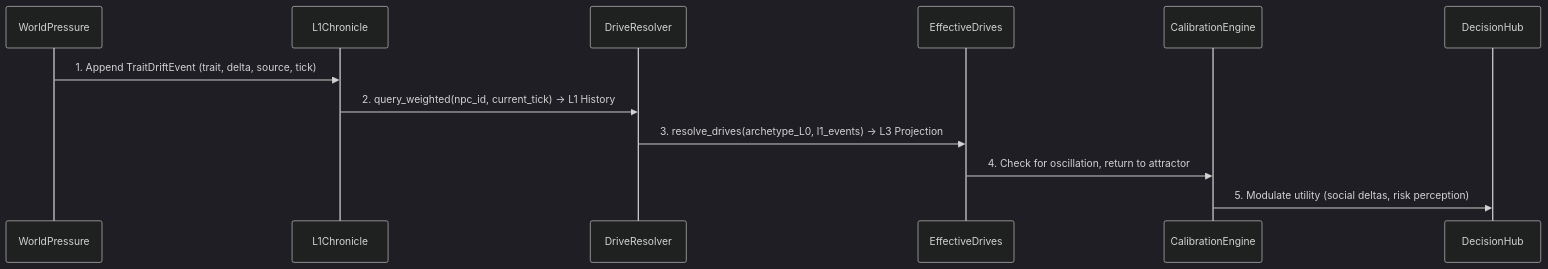
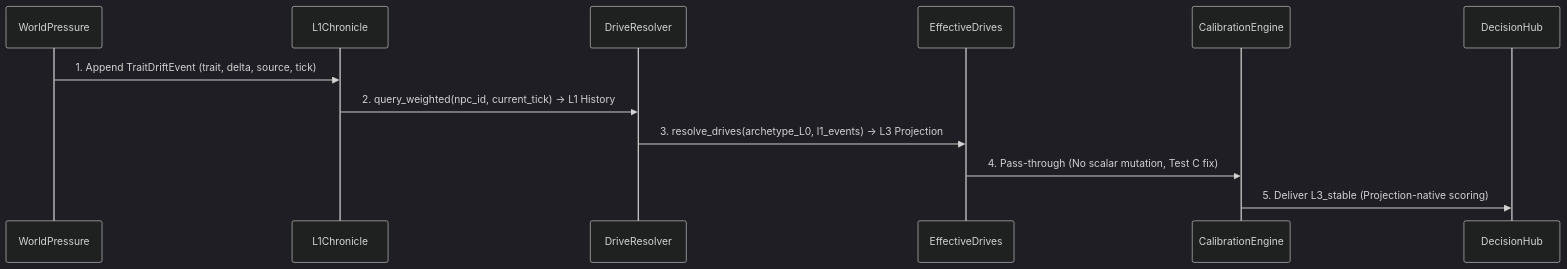
One commit to 4Um4/Enigma changed diagram 22 of 31 in docs/ARCHITECTURE_FLOW_GENERATED.md. Above: the diagram before and after it, drawn with Mermaid (dark theme). The commit also changed other lines of this file and 60 other files, not shown here.

````diff
--- a/docs/ARCHITECTURE_FLOW_GENERATED.md
+++ b/docs/ARCHITECTURE_FLOW_GENERATED.md
@@ -894,14 +927,14 @@
 ```mermaid
 sequenceDiagram
 participant WorldPressure
 participant L1Chronicle
 participant DriveResolver
 participant EffectiveDrives
 participant CalibrationEngine
 participant DecisionHub
 WorldPressure->>L1Chronicle: 1. Append TraitDriftEvent (trait, delta, source, tick)
 L1Chronicle->>DriveResolver: 2. query_weighted(npc_id, current_tick) → L1 History
 DriveResolver->>EffectiveDrives: 3. resolve_drives(archetype_L0, l1_events) → L3 Projection
-EffectiveDrives->>CalibrationEngine: 4. Check for oscillation, return to attractor
-CalibrationEngine->>DecisionHub: 5. Modulate utility (social deltas, risk perception)
+EffectiveDrives->>CalibrationEngine: 4. Pass-through (No scalar mutation, Test C fix)
+CalibrationEngine->>DecisionHub: 5. Deliver L3_stable (Projection-native scoring)
 ```
````
